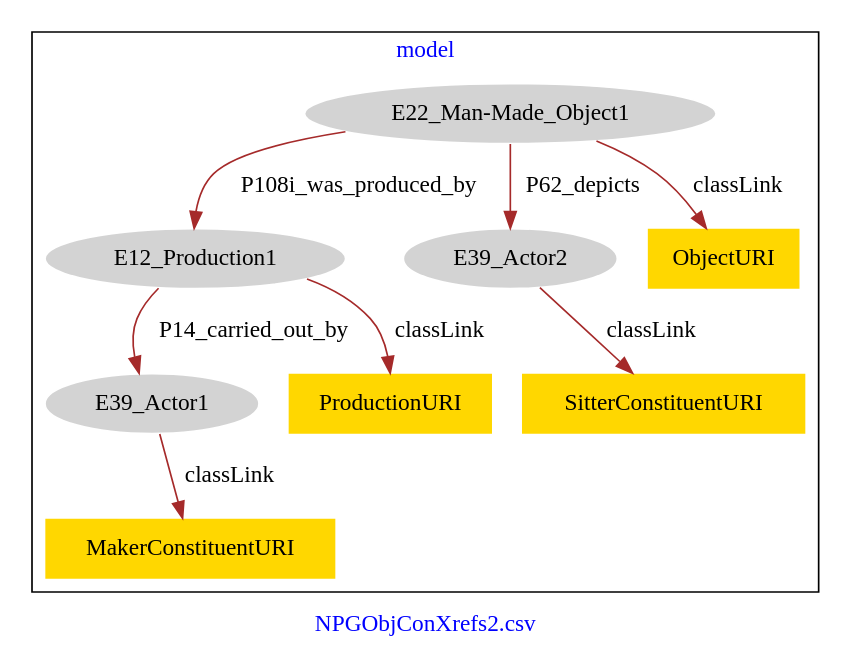
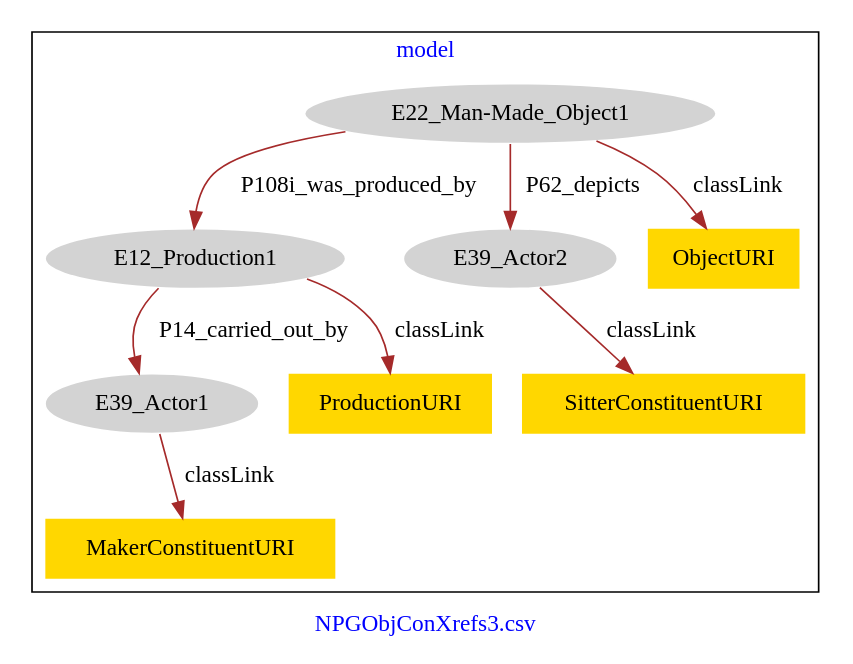
One commit to american-art/npg changed the diagram in NPGObjConXrefs/NPGObjConXrefs2-model.dot. Above: the diagram before and after it, drawn with Graphviz.

Commit message:
Update file NPGObjConXrefs2-model.dot

```diff
--- a/NPGObjConXrefs/NPGObjConXrefs2-model.dot
+++ b/NPGObjConXrefs/NPGObjConXrefs2-model.dot
@@ -1,23 +1,23 @@
 digraph n0 {
 fontcolor="blue"
 remincross="true"
-label="NPGObjConXrefs2.csv"
+label="NPGObjConXrefs3.csv"
 subgraph cluster {
 label="model"
 n2[style="filled",color="white",fillcolor="lightgray",label="E12_Production1"];
 n3[style="filled",color="white",fillcolor="lightgray",label="E39_Actor1"];
 n4[style="filled",color="white",fillcolor="lightgray",label="E22_Man-Made_Object1"];
 n5[style="filled",color="white",fillcolor="lightgray",label="E39_Actor2"];
-n6[shape="plaintext",style="filled",fillcolor="gold",label="SitterConstituentURI"];
-n7[shape="plaintext",style="filled",fillcolor="gold",label="MakerConstituentURI"];
-n8[shape="plaintext",style="filled",fillcolor="gold",label="ProductionURI"];
-n9[shape="plaintext",style="filled",fillcolor="gold",label="ObjectURI"];
+n6[shape="plaintext",style="filled",fillcolor="gold",label="MakerConstituentURI"];
+n7[shape="plaintext",style="filled",fillcolor="gold",label="ProductionURI"];
+n8[shape="plaintext",style="filled",fillcolor="gold",label="ObjectURI"];
+n9[shape="plaintext",style="filled",fillcolor="gold",label="SitterConstituentURI"];
 }
 n2 -> n3[color="brown",fontcolor="black",label="P14_carried_out_by"]
 n4 -> n2[color="brown",fontcolor="black",label="P108i_was_produced_by"]
 n4 -> n5[color="brown",fontcolor="black",label="P62_depicts"]
-n5 -> n6[color="brown",fontcolor="black",label="classLink"]
-n3 -> n7[color="brown",fontcolor="black",label="classLink"]
-n2 -> n8[color="brown",fontcolor="black",label="classLink"]
-n4 -> n9[color="brown",fontcolor="black",label="classLink"]
+n3 -> n6[color="brown",fontcolor="black",label="classLink"]
+n2 -> n7[color="brown",fontcolor="black",label="classLink"]
+n4 -> n8[color="brown",fontcolor="black",label="classLink"]
+n5 -> n9[color="brown",fontcolor="black",label="classLink"]
 }
```
